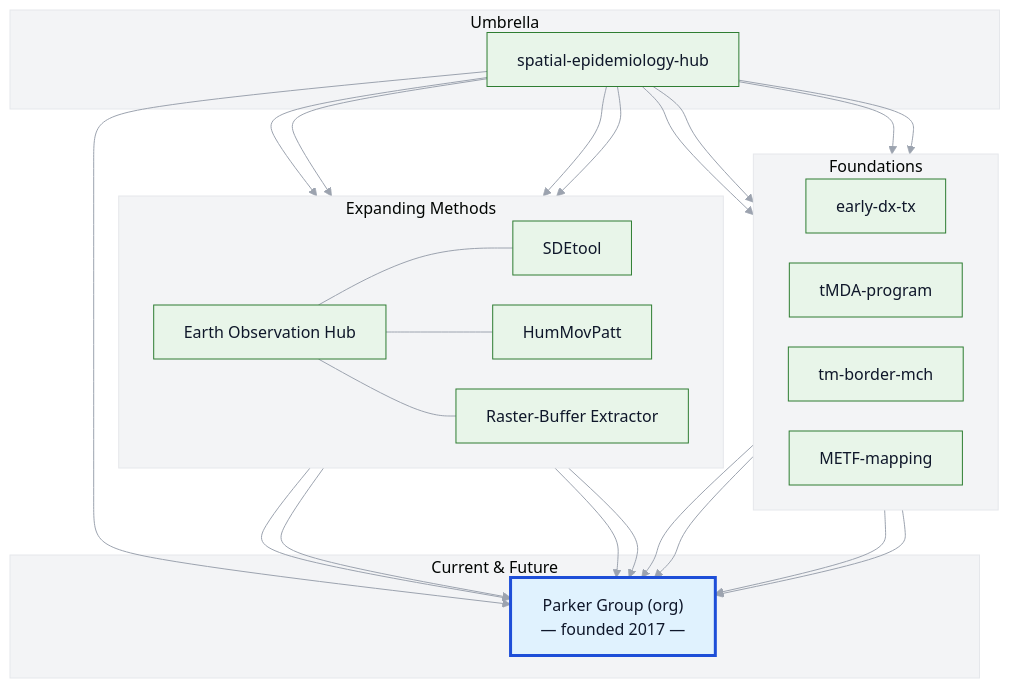
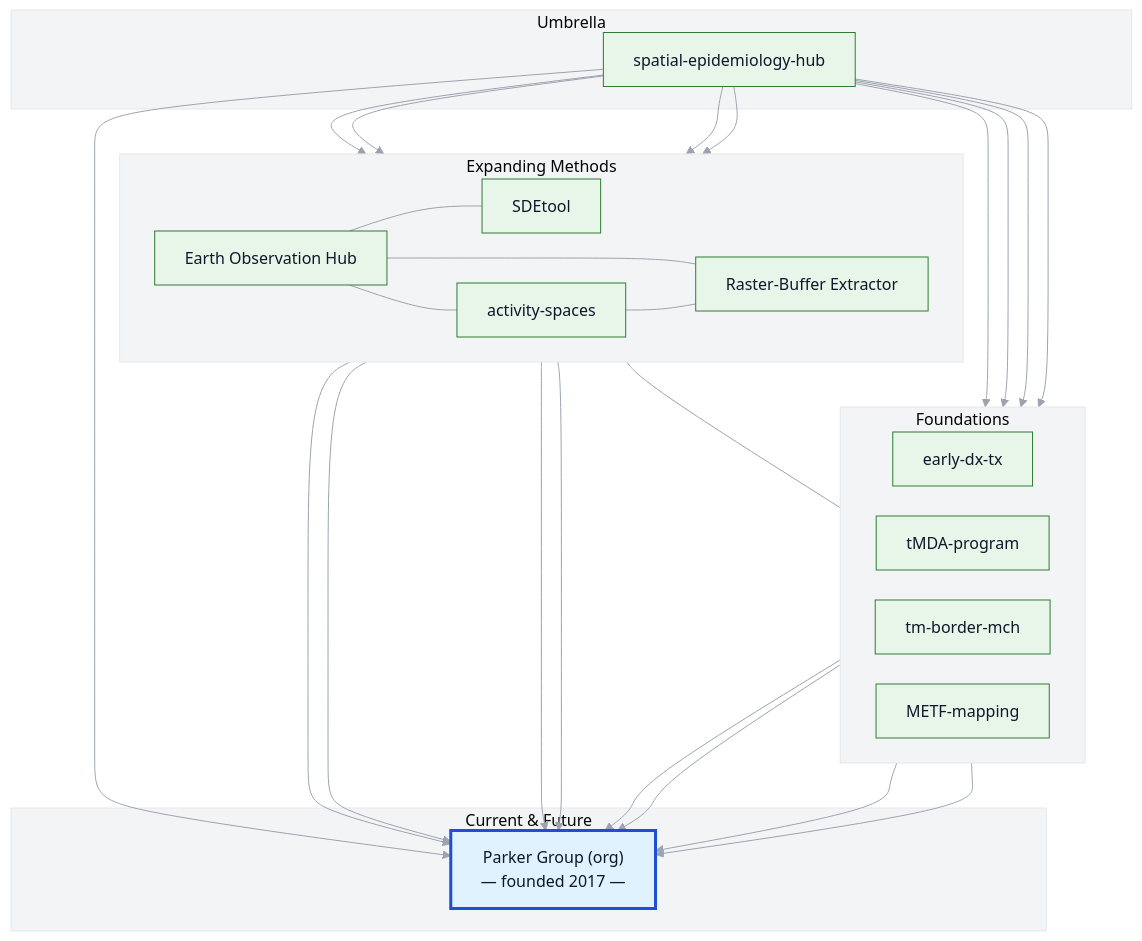
The diagram in README.md (DMParker1/spatial-epidemiology-hub), drawn with Mermaid before and after one commit. The commit also changed other lines of this file, not shown here.

````diff
--- a/README.md
+++ b/README.md
@@ -45,59 +46,65 @@
 ```mermaid
 %%{init: {"theme":"base","themeVariables":{
   "background":"#FAFAFA","clusterBkg":"#F3F4F6","clusterBorder":"#E5E7EB",
   "primaryColor":"#E8F5E9","primaryBorderColor":"#2E7D32",
   "primaryTextColor":"#0F172A","lineColor":"#9CA3AF"
 }, "flowchart":{"rankSpacing":45,"nodeSpacing":30}}}%%
 flowchart TB
   subgraph A[Foundations]
     direction LR
     EDT["early-dx-tx"]
     tMDA["tMDA-program"]
     MCH["tm-border-mch"]
     METF["METF-mapping"]
   end
   subgraph B[Expanding Methods]
     direction LR
     EO["Earth Observation Hub"]
     SDE["SDEtool"]
-    HUM["HumMovPatt"]
+    AS["activity-spaces"]
     RBE["Raster-Buffer Extractor"]
   end
   subgraph C[Umbrella]
     GIS["spatial-epidemiology-hub"]
   end
   subgraph D[Current & Future]
     PG["Parker Group (org)\n— founded 2017 —"]:::pg
   end
 
-  %% Umbrella (solid, present)
+  %% Umbrella links
   GIS --> EDT
   GIS --> tMDA
   GIS --> MCH
   GIS --> METF
   GIS --> EO
   GIS --> SDE
-  GIS --> HUM
+  GIS --> AS
   GIS --> RBE
   GIS --> PG
 
-  %% Current method interplay (solid, present)
+  %% Method interplay
   EO --- SDE
-  EO --- HUM
+  EO --- AS
   EO --- RBE
+  AS --- RBE
+  AS --- tMDA
 
-  %% Present convergence to Parker Group (solid)
+  %% Convergence to Parker Group
   EO --> PG
   SDE --> PG
-  HUM --> PG
+  AS --> PG
   RBE --> PG
   METF --> PG
   tMDA --> PG
   EDT --> PG
   MCH --> PG
 
+  %% Clickable link for activity-spaces
+  click AS "https://github.com/DMParker1/activity-spaces" "activity-spaces repository"
+
   %% Highlight Parker Group node
   classDef pg fill:#E0F2FE,stroke:#1D4ED8,stroke-width:3px;
 
 
+
 ```
````
